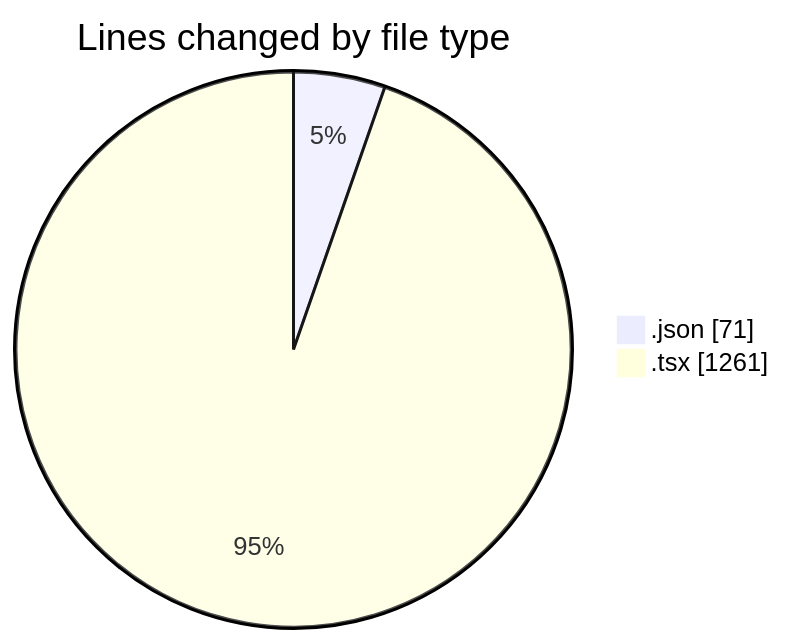
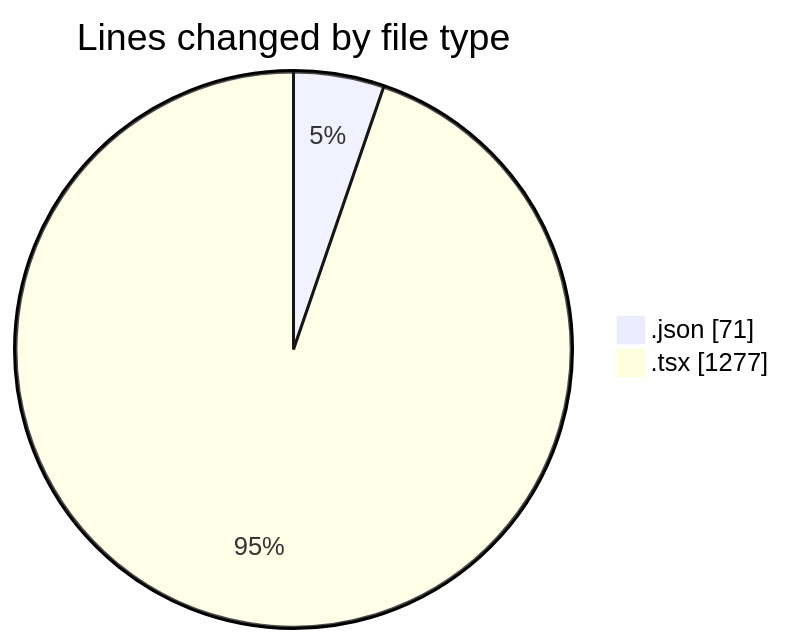
The first of 2 diagrams in 2026-01-29/cda/README.md (momahboobian/code-tracking), drawn with Mermaid before and after one commit. The commit also changed other lines of this file and 1 other file, not shown here.

````diff
--- a/2026-01-29/cda/README.md
+++ b/2026-01-29/cda/README.md
@@ -21,6 +21,6 @@
 ```mermaid
 pie showData
 title Lines changed by file type
 ".json" : 71
-".tsx" : 1261
+".tsx" : 1277
 ```
````
